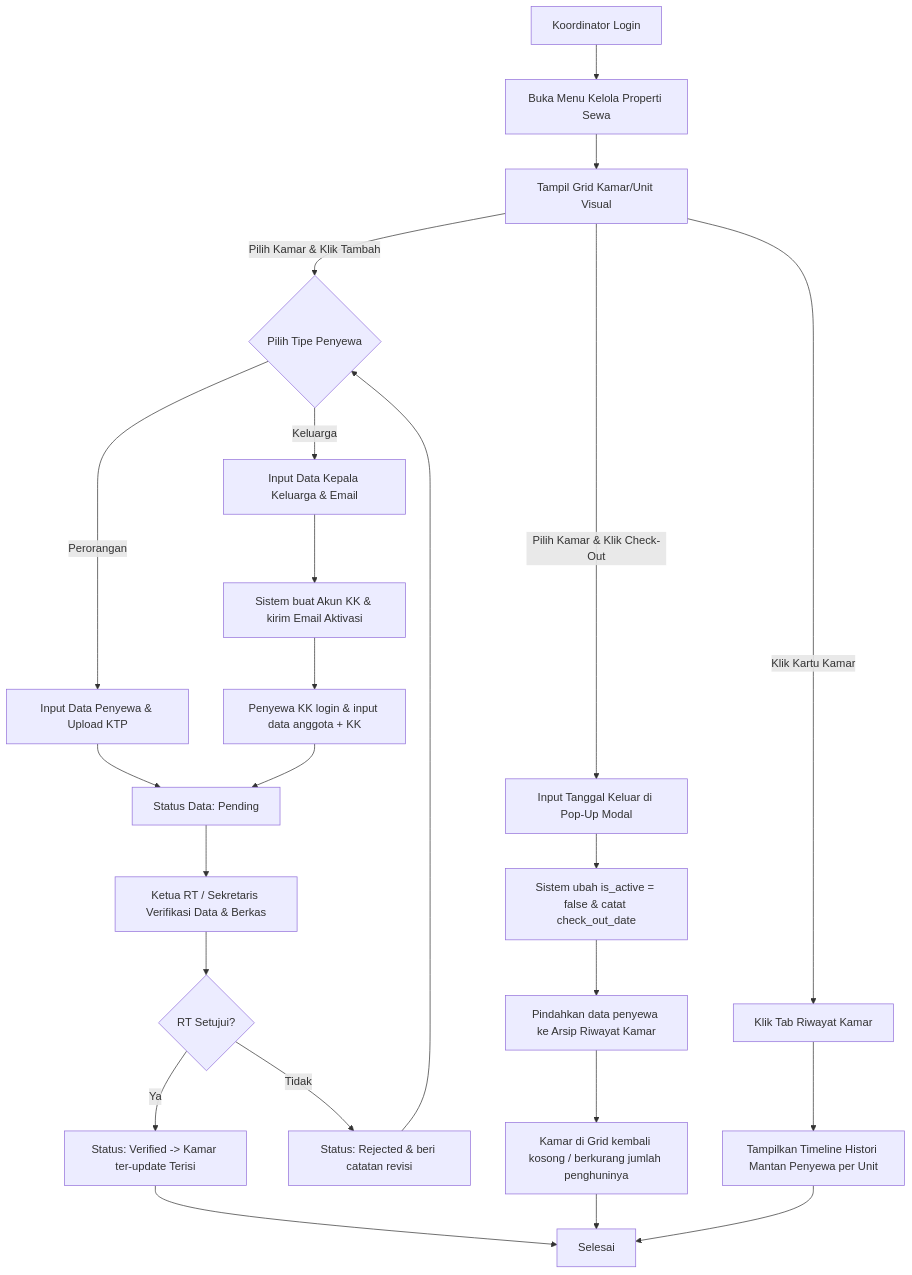
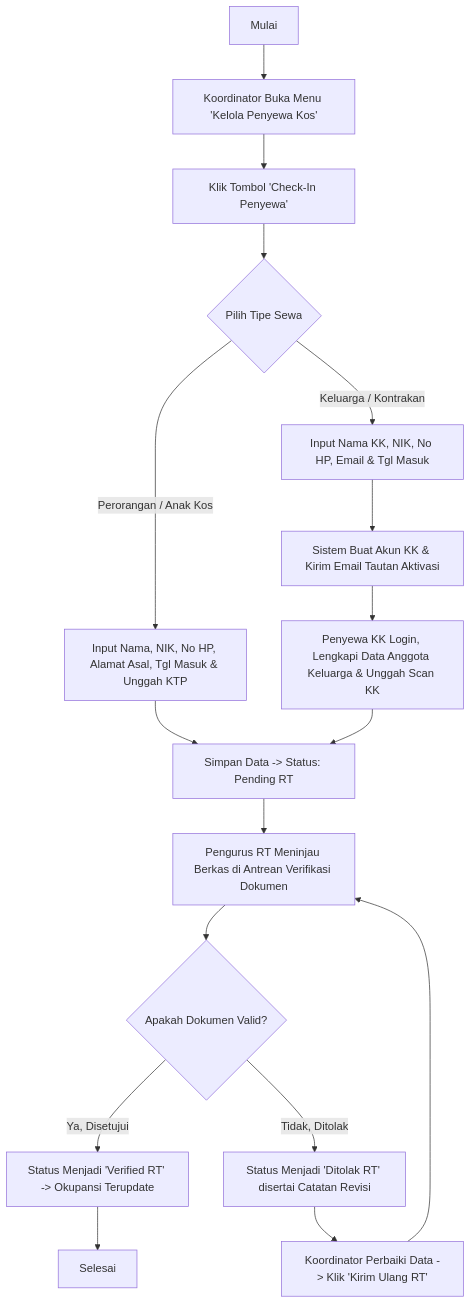
Before and after one commit to Araihan413/wargaku: the second of 4 diagrams in docs/roles/koordinator_kos.md, drawn with Mermaid. The commit also changed other lines of this file and 24 other files, not shown here.

````diff
--- a/docs/roles/koordinator_kos.md
+++ b/docs/roles/koordinator_kos.md
@@ -145,35 +94,28 @@
 ```mermaid
 flowchart TD
-    A[Koordinator Login] --> B[Buka Menu Kelola Properti Sewa]
-    B --> C[Tampil Grid Kamar/Unit Visual]
+    A[Mulai] --> B[Koordinator Buka Menu 'Kelola Penyewa Kos']
+    B --> C[Klik Tombol 'Check-In Penyewa']
+    C --> D{Pilih Tipe Sewa}
     
-    %% Alur Penambahan
-    C -->|Pilih Kamar & Klik Tambah| D{Pilih Tipe Penyewa}
-    D -->|Perorangan| E[Input Data Penyewa & Upload KTP]
-    E --> F[Status Data: Pending]
+    %% Tipe Perorangan
+    D -->|Perorangan / Anak Kos| E[Input Nama, NIK, No HP, Alamat Asal, Tgl Masuk & Unggah KTP]
+    E --> F[Simpan Data -> Status: Pending RT]
     
-    D -->|Keluarga| G[Input Data Kepala Keluarga & Email]
-    G --> H[Sistem buat Akun KK & kirim Email Aktivasi]
-    H --> I[Penyewa KK login & input data anggota + KK]
+    %% Tipe Keluarga
+    D -->|Keluarga / Kontrakan| G[Input Nama KK, NIK, No HP, Email & Tgl Masuk]
+    G --> H[Sistem Buat Akun KK & Kirim Email Tautan Aktivasi]
+    H --> I[Penyewa KK Login, Lengkapi Data Anggota Keluarga & Unggah Scan KK]
     I --> F
     
-    F --> J[Ketua RT / Sekretaris Verifikasi Data & Berkas]
-    J --> K{RT Setujui?}
-    K -->|Ya| L[Status: Verified -> Kamar ter-update Terisi]
-    K -->|Tidak| M[Status: Rejected & beri catatan revisi]
-    M --> D
+    %% Verifikasi RT
+    F --> J[Pengurus RT Meninjau Berkas di Antrean Verifikasi Dokumen]
+    J --> K{Apakah Dokumen Valid?}
     
-    %% Alur Check-Out
-    C -->|Pilih Kamar & Klik Check-Out| N[Input Tanggal Keluar di Pop-Up Modal]
-    N --> O[Sistem ubah is_active = false & catat check_out_date]
-    O --> P[Pindahkan data penyewa ke Arsip Riwayat Kamar]
-    P --> Q[Kamar di Grid kembali kosong / berkurang jumlah penghuninya]
+    K -->|Ya, Disetujui| L[Status Menjadi 'Verified RT' -> Okupansi Terupdate]
+    K -->|Tidak, Ditolak| M[Status Menjadi 'Ditolak RT' disertai Catatan Revisi]
     
-    %% Alur Riwayat
-    C -->|Klik Kartu Kamar| R[Klik Tab Riwayat Kamar]
-    R --> S[Tampilkan Timeline Histori Mantan Penyewa per Unit]
+    M --> N[Koordinator Perbaiki Data -> Klik 'Kirim Ulang RT']
+    N --> J
     
-    L --> T[Selesai]
-    Q --> T
-    S --> T
+    L --> O[Selesai]
 ```
````
